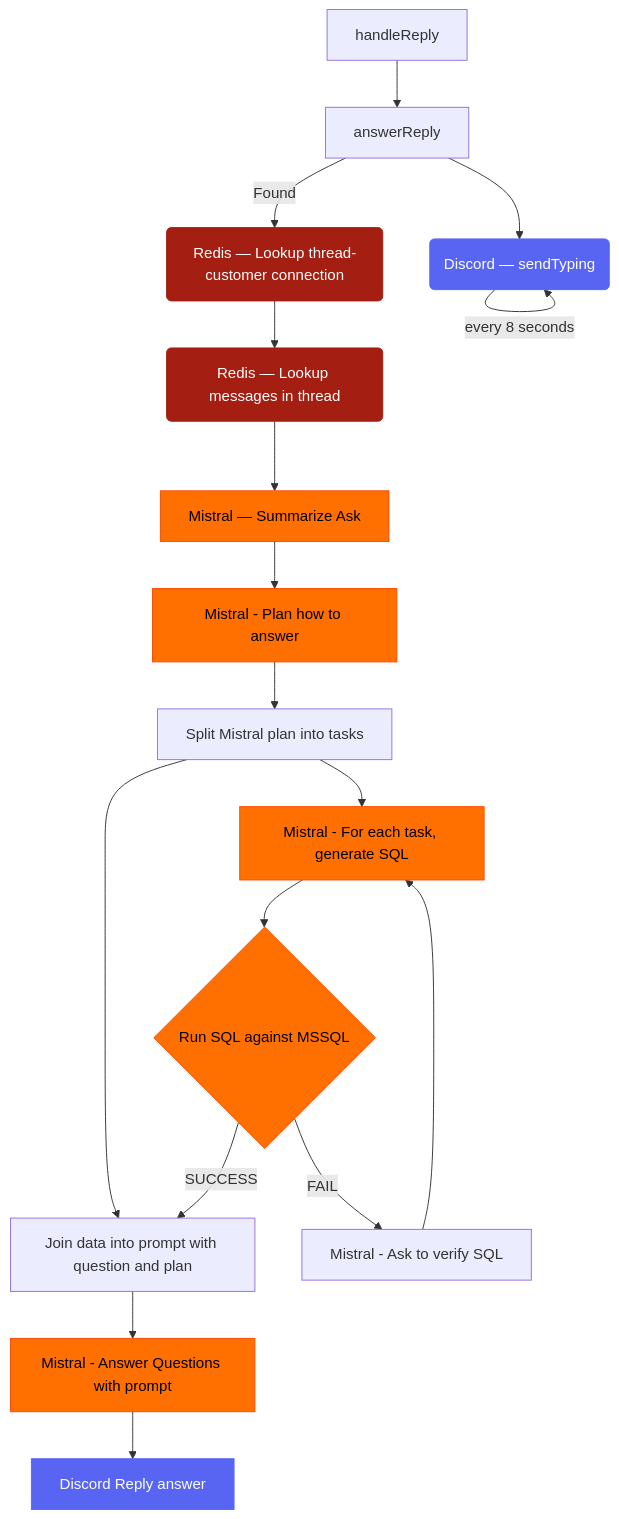
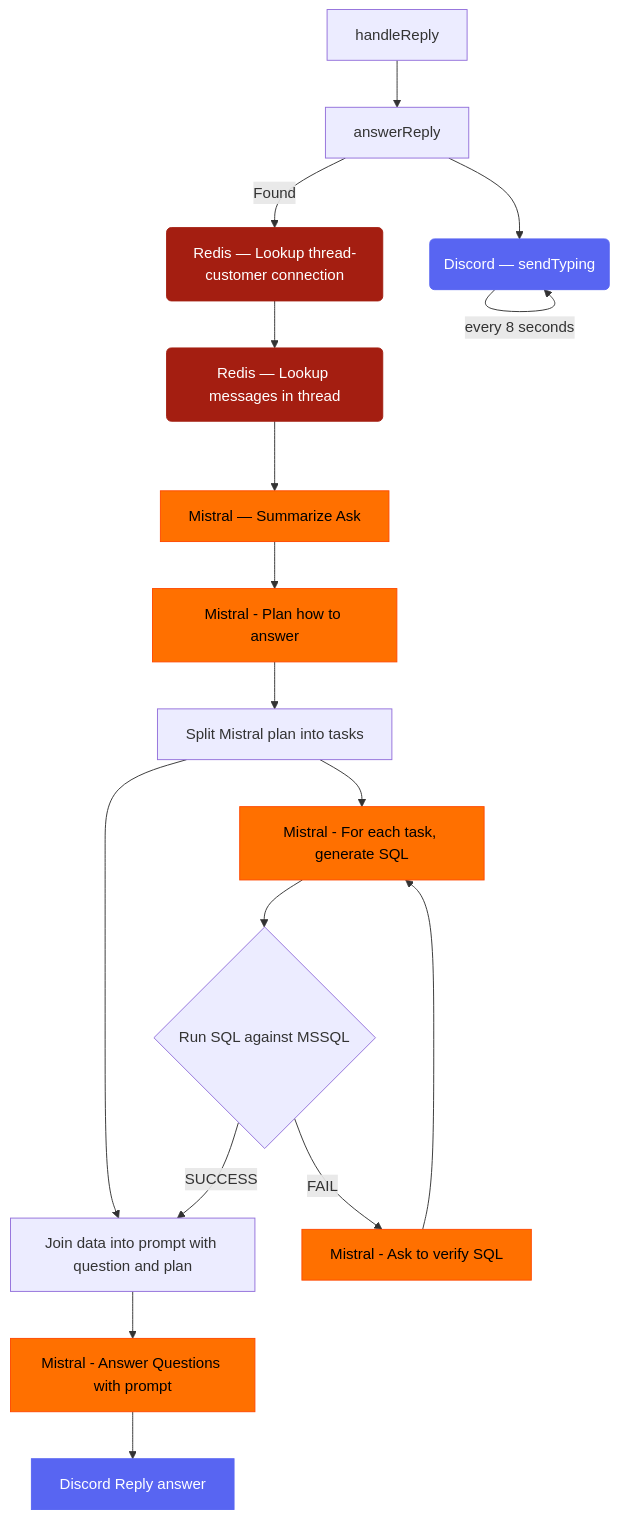
The third of 3 diagrams in README.md (nvaa-se/ai-colleague), drawn with Mermaid before and after one commit.

````diff
--- a/README.md
+++ b/README.md
@@ -64,40 +64,40 @@
 ```mermaid
 flowchart TB
 
     0[handleReply]
     A[answerReply]
     B(Discord — sendTyping)
     C(Redis — Lookup thread-customer connection)
     D(Redis — Lookup messages in thread)
     E[Mistral — Summarize Ask]
     F[Mistral - Plan how to answer]
     G[Split Mistral plan into tasks]
     H[Mistral - For each task, generate SQL]
     I{Run SQL against MSSQL}
     J[Mistral - Ask to verify SQL]
     
     K[Join data into prompt with question and plan]
     L[Mistral - Answer Questions with prompt]
     M[Discord Reply answer]
     
 
     0 --> A --Found--> C --> D --> E --> F --> G --> K --> L --> M
     G --> H --> I --SUCCESS--> K
     I --FAIL--> J --> H
     A --> B --every 8 seconds--> B
 
     %% Discord Style
     style B color:#FFFFFF, fill:#5865F2, stroke:#5865F2
     style M color:#FFFFFF, fill:#5865F2, stroke:#5865F2
 
     %% Redis Style
     style C color:#FFFFFF, stroke:#A41e11, fill:#A41e11
     style D color:#FFFFFF, stroke:#A41e11, fill:#A41e11
 
     %% Mistral Style
     style E color:#000000, stroke:#ff4900, fill:#ff7000
     style F color:#000000, stroke:#ff4900, fill:#ff7000
     style H color:#000000, stroke:#ff4900, fill:#ff7000
-    style I color:#000000, stroke:#ff4900, fill:#ff7000
+    style J color:#000000, stroke:#ff4900, fill:#ff7000
     style L color:#000000, stroke:#ff4900, fill:#ff7000
 ```
````
